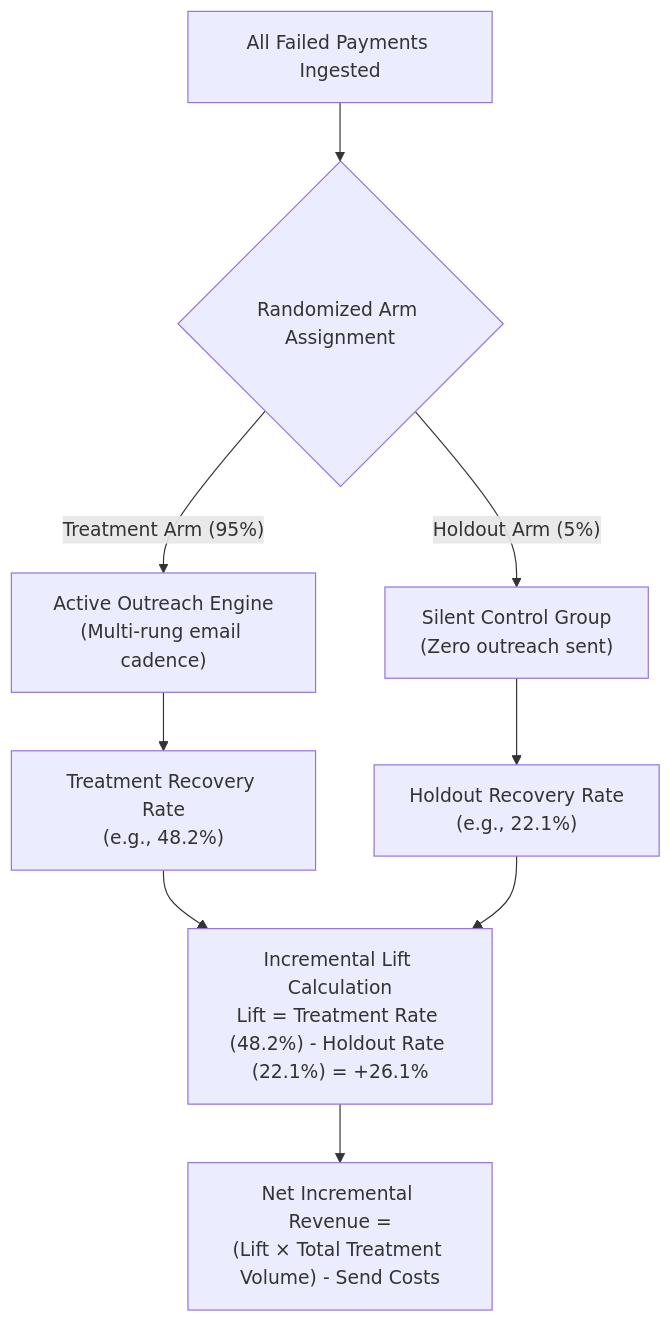
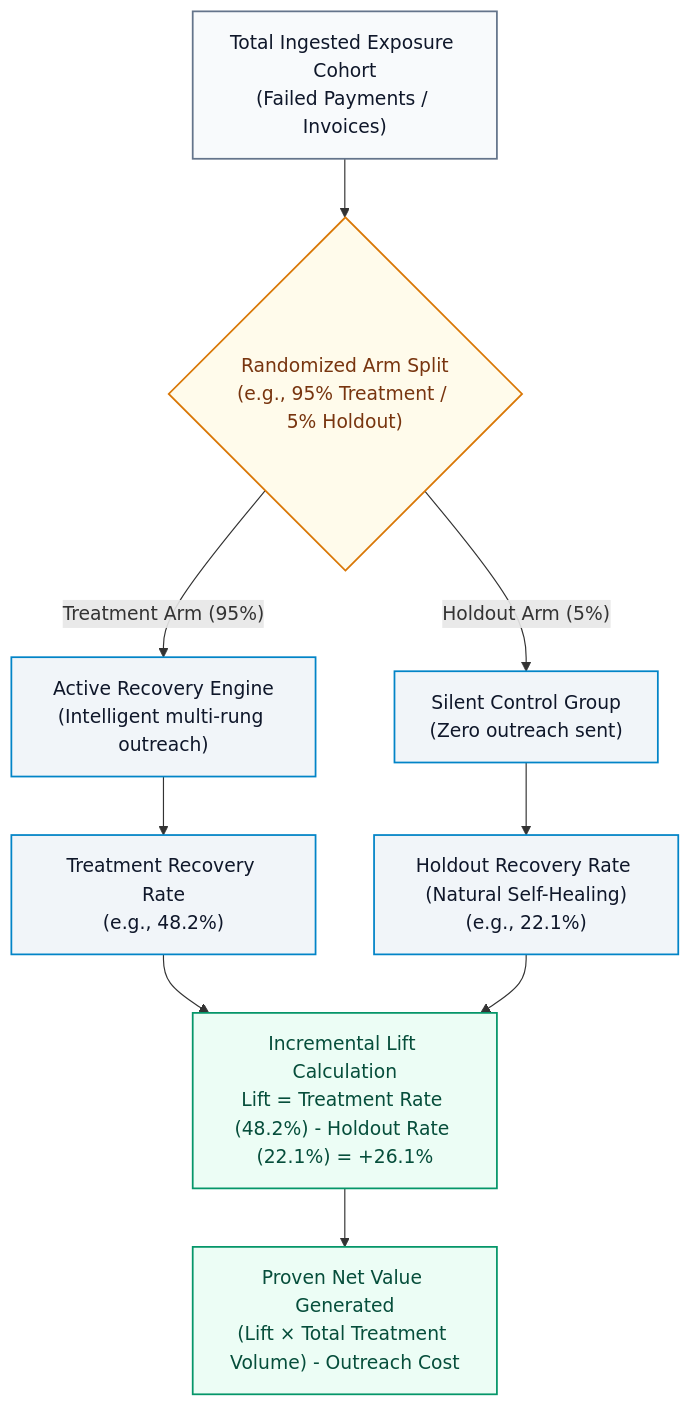
The eighth of 9 diagrams in HOW_IT_WORKS.md (heysagnik/riko), drawn with Mermaid before and after one commit. The commit also changed other lines of this file and 1 other file, not shown here.

Commit message:
docs: update system architecture and data flow Mermaid diagrams in README.md and HOW_IT_WORKS.md

````diff
--- a/HOW_IT_WORKS.md
+++ b/HOW_IT_WORKS.md
@@ -231,13 +362,19 @@
 ```mermaid
-flowchart TD
-    FAIL["All Failed Payments Ingested"] --> SPLIT{"Randomized Arm Assignment"}
+flowchart TB
+    classDef in fill:#f8fafc,stroke:#64748b,stroke-width:1.5px,color:#0f172a
+    classDef split fill:#fffbeb,stroke:#d97706,stroke-width:1.5px,color:#78350f
+    classDef group fill:#f1f5f9,stroke:#0284c7,stroke-width:1.5px,color:#0f172a
+    classDef math fill:#ecfdf5,stroke:#059669,stroke-width:1.5px,color:#064e3b
+
+    FAIL["Total Ingested Exposure Cohort\n(Failed Payments / Invoices)"]:::in --> SPLIT{"Randomized Arm Split\n(e.g., 95% Treatment / 5% Holdout)"}:::split
     
-    SPLIT -- "Treatment Arm (95%)" --> TREAT["Active Outreach Engine\n(Multi-rung email cadence)"]
-    SPLIT -- "Holdout Arm (5%)" --> HOLD["Silent Control Group\n(Zero outreach sent)"]
+    SPLIT -- "Treatment Arm (95%)" --> TREAT["Active Recovery Engine\n(Intelligent multi-rung outreach)"]:::group
+    SPLIT -- "Holdout Arm (5%)" --> HOLD["Silent Control Group\n(Zero outreach sent)"]:::group
     
-    TREAT --> TR_RATE["Treatment Recovery Rate\n(e.g., 48.2%)"]
-    HOLD --> HO_RATE["Holdout Recovery Rate\n(e.g., 22.1%)"]
+    TREAT --> TR_RATE["Treatment Recovery Rate\n(e.g., 48.2%)"]:::group
+    HOLD --> HO_RATE["Holdout Recovery Rate (Natural Self-Healing)\n(e.g., 22.1%)"]:::group
     
-    TR_RATE & HO_RATE --> LIFT["Incremental Lift Calculation\nLift = Treatment Rate (48.2%) - Holdout Rate (22.1%) = +26.1%"]
-    LIFT --> ROI["Net Incremental Revenue =\n(Lift × Total Treatment Volume) - Send Costs"]
+    TR_RATE & HO_RATE --> LIFT["Incremental Lift Calculation\nLift = Treatment Rate (48.2%) - Holdout Rate (22.1%) = +26.1%"]:::math
+    
+    LIFT --> ROI["Proven Net Value Generated\n(Lift × Total Treatment Volume) - Outreach Cost"]:::math
 ```
````
